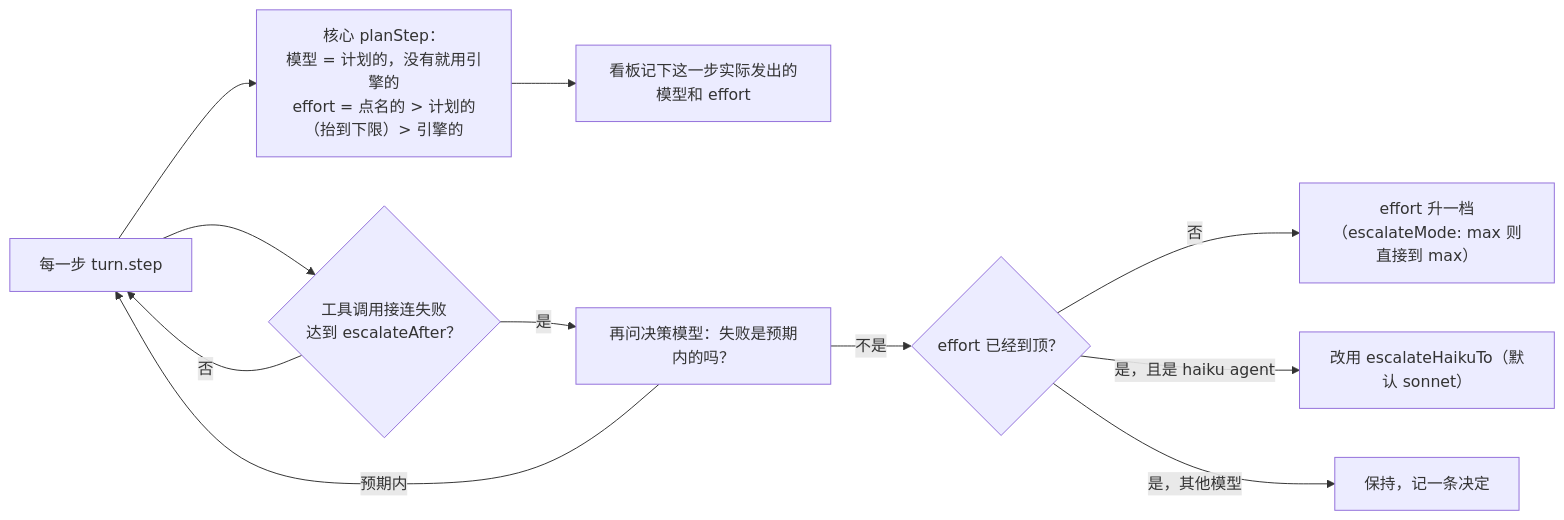
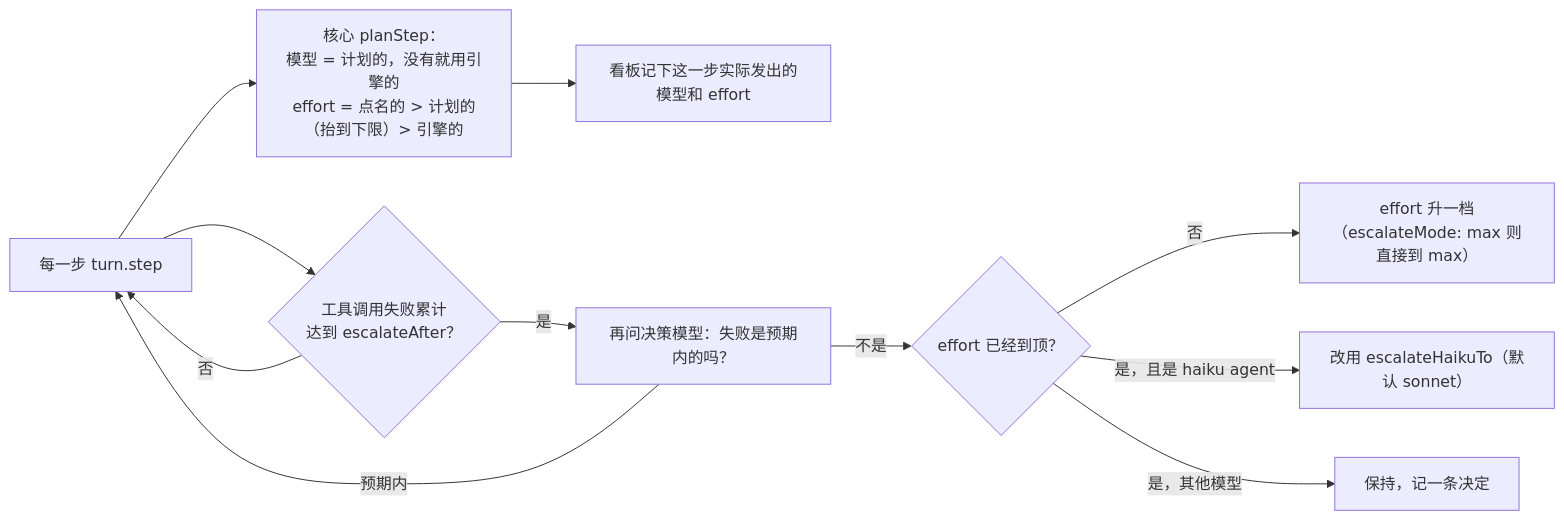
One commit to alexcz-a11y/claude-mods changed the sixth of 6 diagrams in docs/dispatch-pilot-routing.md. Above: the diagram before and after it, drawn with Mermaid. The commit also changed other lines of this file and 217 other files, not shown here.

````diff
--- a/docs/dispatch-pilot-routing.md
+++ b/docs/dispatch-pilot-routing.md
@@ -169,13 +169,13 @@
 ```mermaid
 flowchart LR
     A["每一步 turn.step"] --> B["核心 planStep：<br/>模型 = 计划的，没有就用引擎的<br/>effort = 点名的 > 计划的（抬到下限）> 引擎的"]
     B --> C["看板记下这一步实际发出的模型和 effort"]
-    A --> D{"工具调用接连失败<br/>达到 escalateAfter？"}
+    A --> D{"工具调用失败累计<br/>达到 escalateAfter？"}
     D -- 否 --> A
     D -- 是 --> E["再问决策模型：失败是预期内的吗？"]
     E -- 预期内 --> A
     E -- 不是 --> F{"effort 已经到顶？"}
     F -- 否 --> G["effort 升一档<br/>（escalateMode: max 则直接到 max）"]
     F -- "是，且是 haiku agent" --> H["改用 escalateHaikuTo（默认 sonnet）"]
     F -- "是，其他模型" --> I["保持，记一条决定"]
 ```
````
